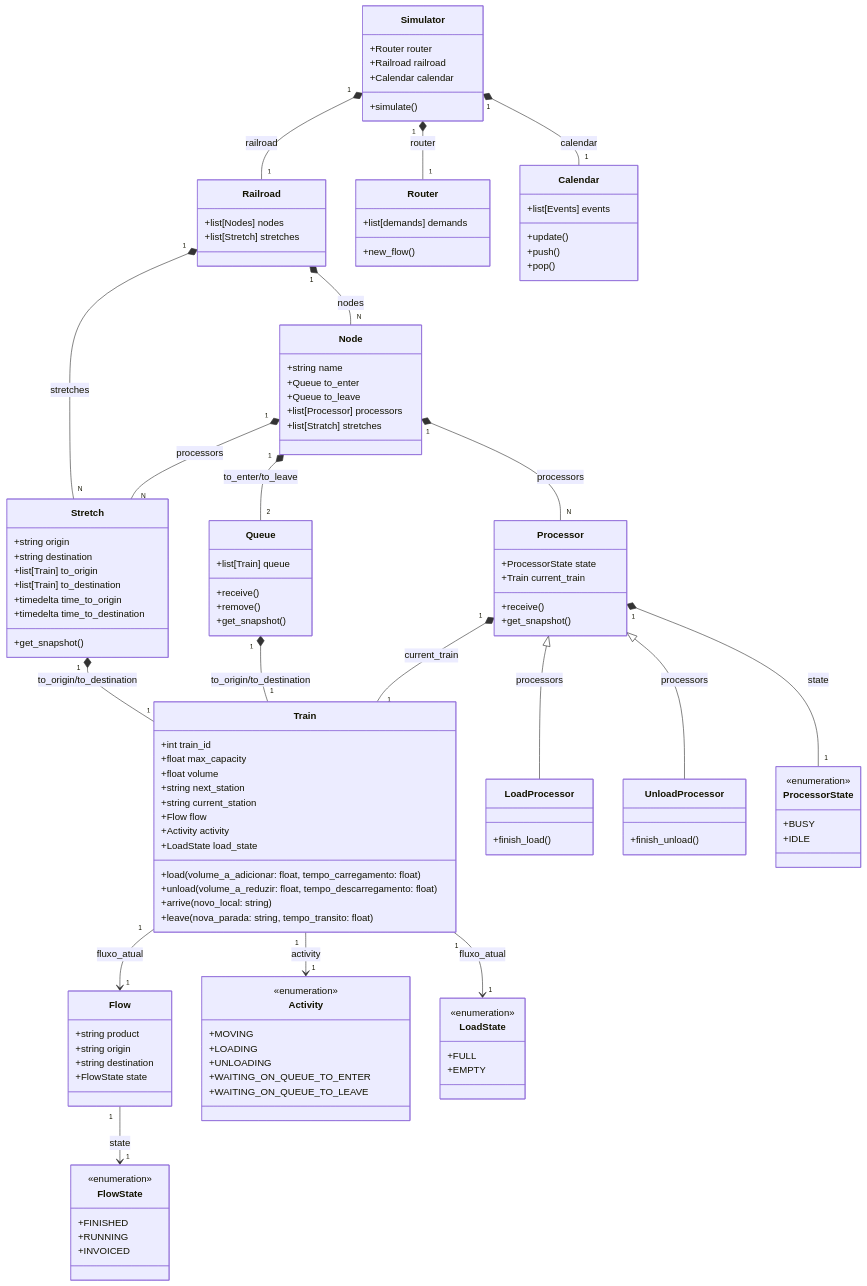
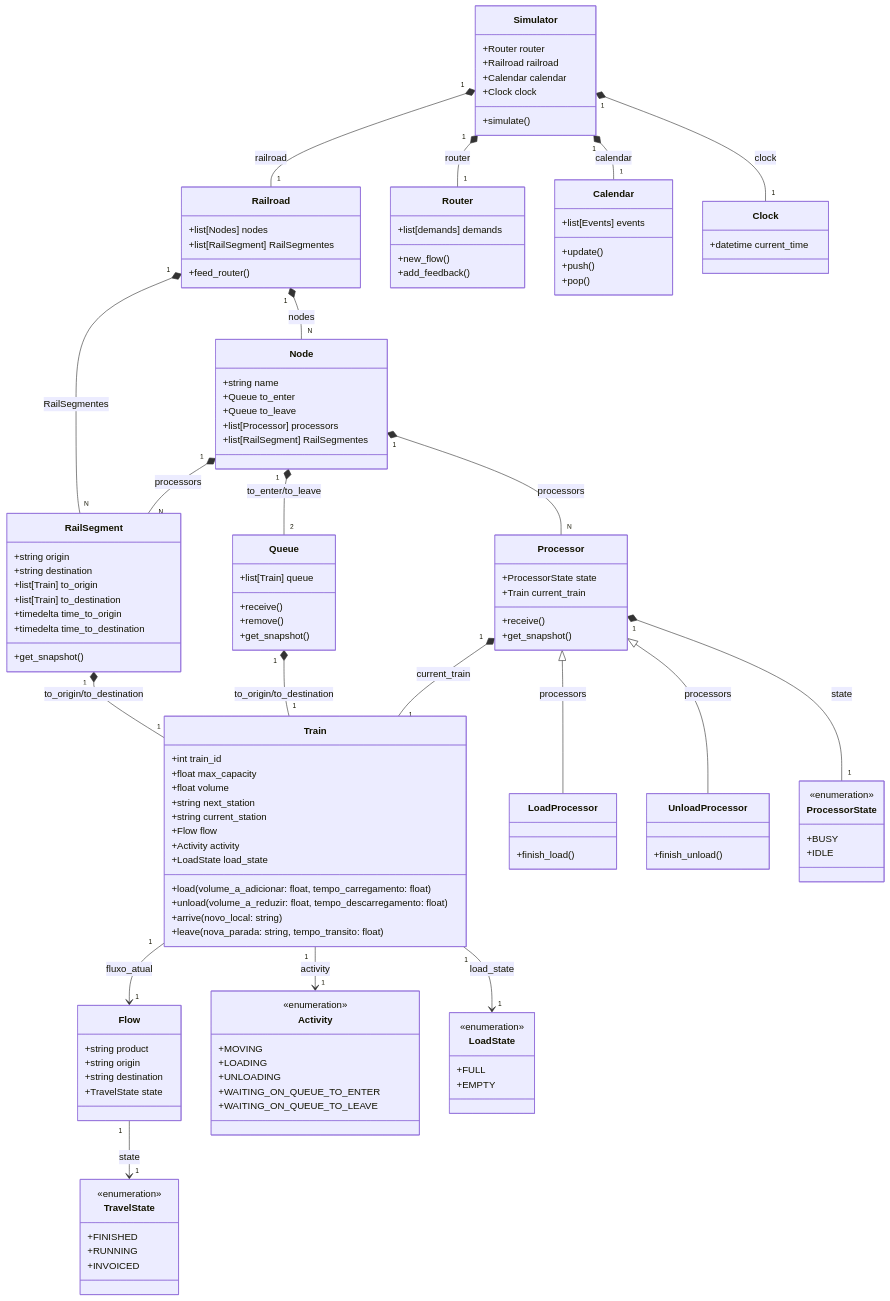
The fifth of 5 diagrams in docs/simulation.md (MatheusCascalho/RailroadDES), drawn with Mermaid before and after one commit. The commit also changed other lines of this file, not shown here.

Commit message:
atualização de nomenclaturas e pequenos ajustes

````diff
--- a/docs/simulation.md
+++ b/docs/simulation.md
@@ -65,7 +75,7 @@
         +string product
         +string origin
         +string destination 
-        +FlowState state
+        +TravelState state
     }
 
     class Activity {
@@ -83,7 +93,7 @@
         +EMPTY
     }
     
-    class FlowState {
+    class TravelState {
         <<enumeration>>
         +FINISHED
         +RUNNING
@@ -93,21 +103,12 @@
 
     Train "1" --> "1" Activity : activity
     Train "1" --> "1" Flow : fluxo_atual
-    Train "1" --> "1" LoadState : fluxo_atual
+    Train "1" --> "1" LoadState : load_state
 %%    Train "1" --* "1" Railroad : fluxo_atual
-    Flow "1" --> "1" FlowState : state
+    Flow "1" --> "1" TravelState : state
 
-%% # (```)
 
-%% # ()
-%% # (### Stretch)
-%% # ()
-%% # (**Responsabilidade**: informar a posição dos trens entre uma origem e um destino)
-
-%%```mermaid
-
-%%classDiagram
-    class Stretch {
+    class RailSegment {
         %% Atributos
         +string origin
         +string destination
@@ -120,7 +121,7 @@
     }
     Processor "1" *-- "1" Train : current_train
     Queue "1" *-- "1" Train : to_origin/to_destination
-    Stretch "1" *-- "1" Train : to_origin/to_destination
+    RailSegment "1" *-- "1" Train : to_origin/to_destination
 
 
     class Node {
@@ -129,7 +130,7 @@
         +Queue to_enter
         +Queue to_leave
         +list[Processor] processors
-        +list[Stratch] stretches
+        +list[RailSegment] RailSegmentes
 
     }
     
@@ -164,7 +165,7 @@
         +BUSY
         +IDLE
     }
-    Node "1" *-- "N" Stretch : processors     
+    Node "1" *-- "N" RailSegment : processors     
     Node "1" *-- "N" Processor : processors
     Processor "1" *-- "1" ProcessorState : state
 
@@ -172,25 +173,27 @@
     
     class Railroad{
         +list[Nodes] nodes
-        +list[Stretch] stretches
+        +list[RailSegment] RailSegmentes
 %%        +list[Train] finished_trains
         
 %%        +simulate()
+        +feed_router()
     }
-    Railroad "1" *-- "N" Stretch : stretches
+    Railroad "1" *-- "N" RailSegment : RailSegmentes
     Railroad "1" *-- "N" Node : nodes
 
     class Simulator{
         +Router router
         +Railroad railroad
         +Calendar calendar
-        
+        +Clock clock
         +simulate()
     }
 
     class Router{
         +list[demands] demands
         +new_flow()
+        +add_feedback()
     }
     class Calendar{
         +list[Events] events
@@ -198,12 +201,13 @@
         +push()
         +pop()
     }
+    class Clock{
+        +datetime current_time
+    }
     
     Simulator "1" *-- "1" Router : router
     Simulator "1" *-- "1" Railroad : railroad
     Simulator "1" *-- "1" Calendar : calendar
-
-    
-
+    Simulator "1" *-- "1" Clock : clock
 
 ```
````
